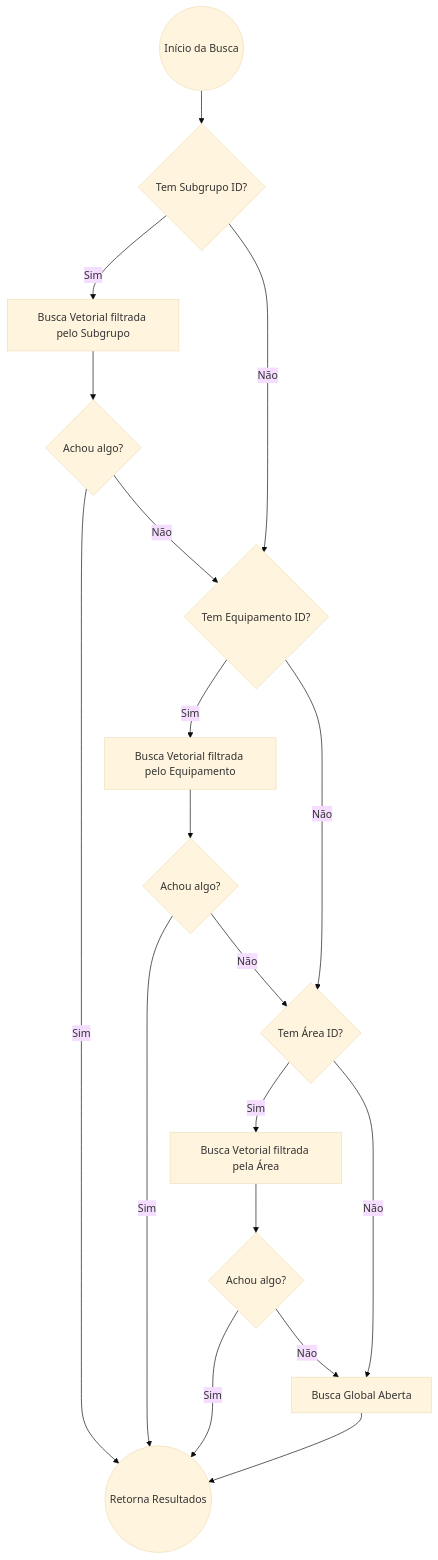
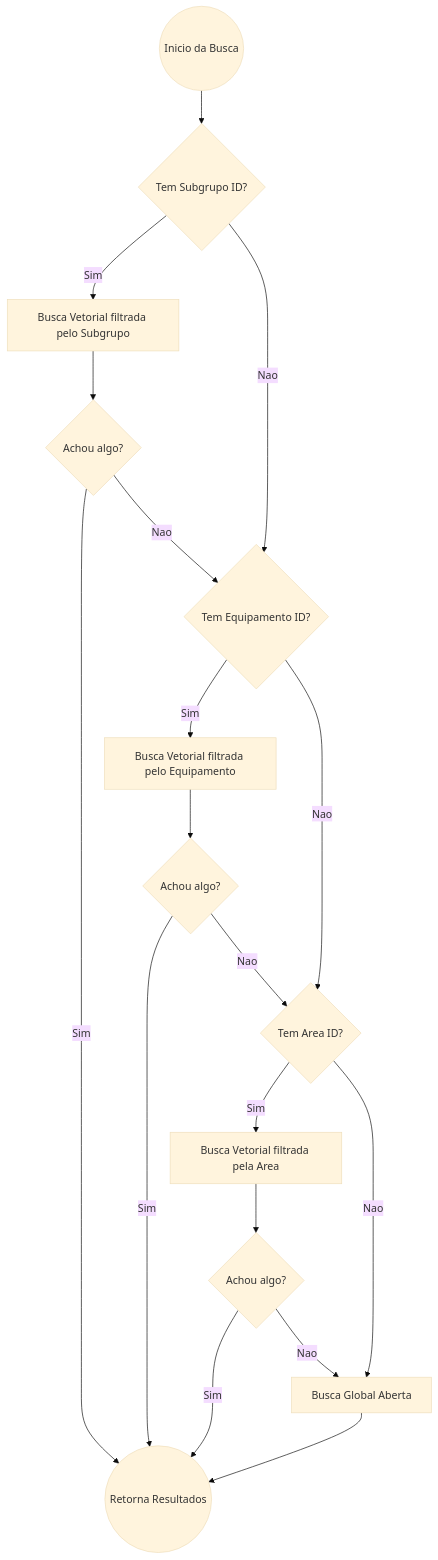
Before and after one commit to GuimaraesL/RCA-System: the second of 2 diagrams in docs/ai/rag_pipeline.md, drawn with Mermaid (base theme). The commit also changed other lines of this file and 42 other files, not shown here.

````diff
--- a/docs/ai/rag_pipeline.md
+++ b/docs/ai/rag_pipeline.md
@@ -45,25 +45,25 @@
 ```mermaid
 flowchart TD
-    Start((Início da Busca)) --> Subgrupo{Tem Subgrupo ID?}
+    Start((Inicio da Busca)) --> Subgrupo{Tem Subgrupo ID?}
     Subgrupo -- Sim --> B1[Busca Vetorial filtrada pelo Subgrupo]
-    Subgrupo -- Não --> Equipamento
+    Subgrupo -- Nao --> Equipamento
     
     B1 --> Res1{Achou algo?}
     Res1 -- Sim --> Fim((Retorna Resultados))
-    Res1 -- Não --> Equipamento{Tem Equipamento ID?}
+    Res1 -- Nao --> Equipamento{Tem Equipamento ID?}
     
     Equipamento -- Sim --> B2[Busca Vetorial filtrada pelo Equipamento]
-    Equipamento -- Não --> Area
+    Equipamento -- Nao --> Area
     
     B2 --> Res2{Achou algo?}
     Res2 -- Sim --> Fim
-    Res2 -- Não --> Area{Tem Área ID?}
+    Res2 -- Nao --> Area{Tem Area ID?}
     
-    Area -- Sim --> B3[Busca Vetorial filtrada pela Área]
-    Area -- Não --> Global
+    Area -- Sim --> B3[Busca Vetorial filtrada pela Area]
+    Area -- Nao --> Global
     
     B3 --> Res3{Achou algo?}
     Res3 -- Sim --> Fim
-    Res3 -- Não --> Global[Busca Global Aberta]
+    Res3 -- Nao --> Global[Busca Global Aberta]
     Global --> Fim
 ```
````
